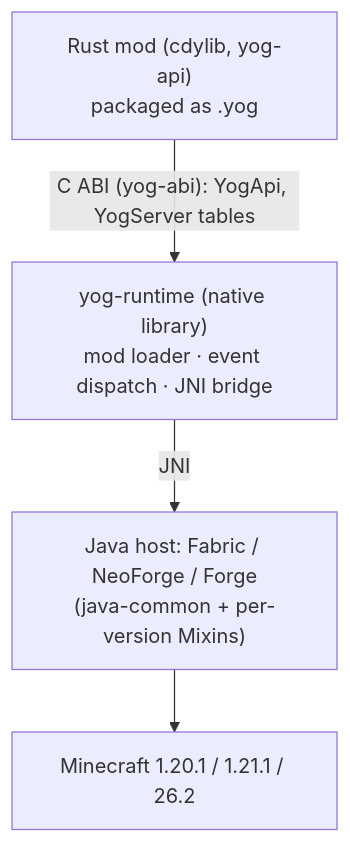
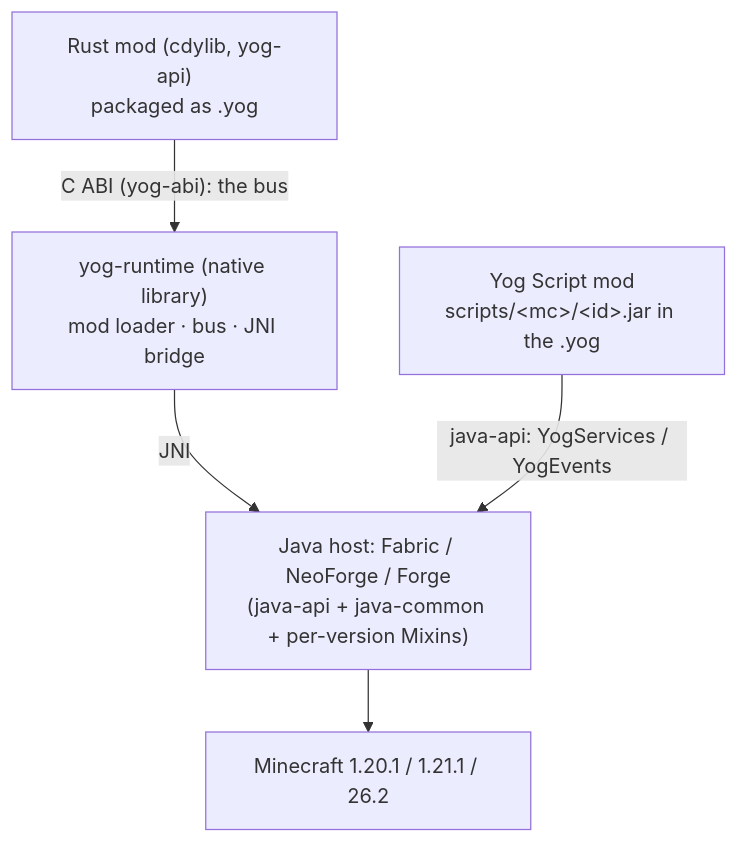
The diagram in README.md (F000NKKK/Yog-Mod-Loader), drawn with Mermaid before and after one commit. The commit also changed other lines of this file and 1 other file, not shown here.

````diff
--- a/README.md
+++ b/README.md
@@ -403,10 +493,12 @@
 ```mermaid
 flowchart TB
     mod["Rust mod (cdylib, yog-api)<br/>packaged as .yog"]
-    rt["yog-runtime (native library)<br/>mod loader · event dispatch · JNI bridge"]
-    host["Java host: Fabric / NeoForge / Forge<br/>(java-common + per-version Mixins)"]
+    ys["Yog Script mod<br/>scripts/&lt;mc&gt;/&lt;id&gt;.jar in the .yog"]
+    rt["yog-runtime (native library)<br/>mod loader · bus · JNI bridge"]
+    host["Java host: Fabric / NeoForge / Forge<br/>(java-api + java-common + per-version Mixins)"]
     mc["Minecraft 1.20.1 / 1.21.1 / 26.2"]
-    mod -- "C ABI (yog-abi): YogApi, YogServer tables" --> rt
+    mod -- "C ABI (yog-abi): the bus" --> rt
     rt -- "JNI" --> host
+    ys -- "java-api: YogServices / YogEvents" --> host
     host --> mc
 ```
````
